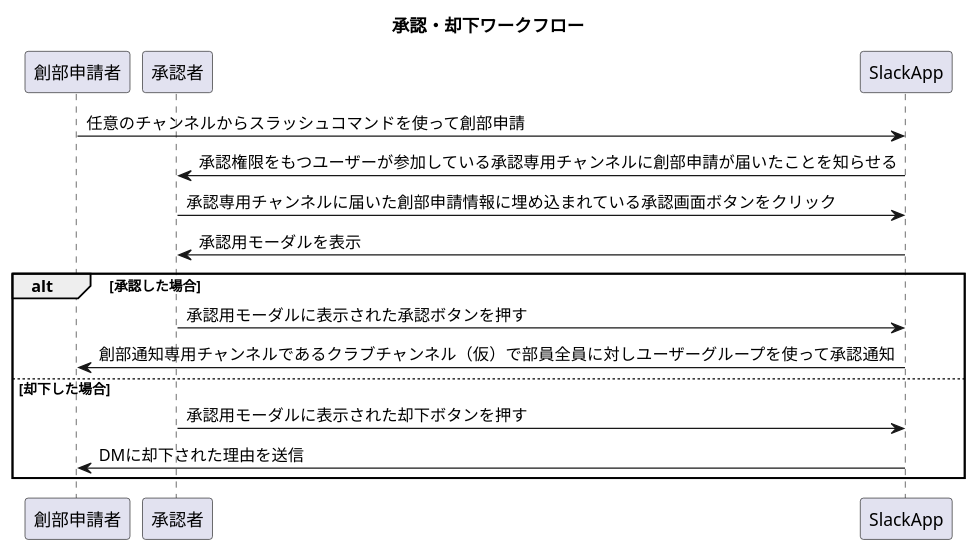
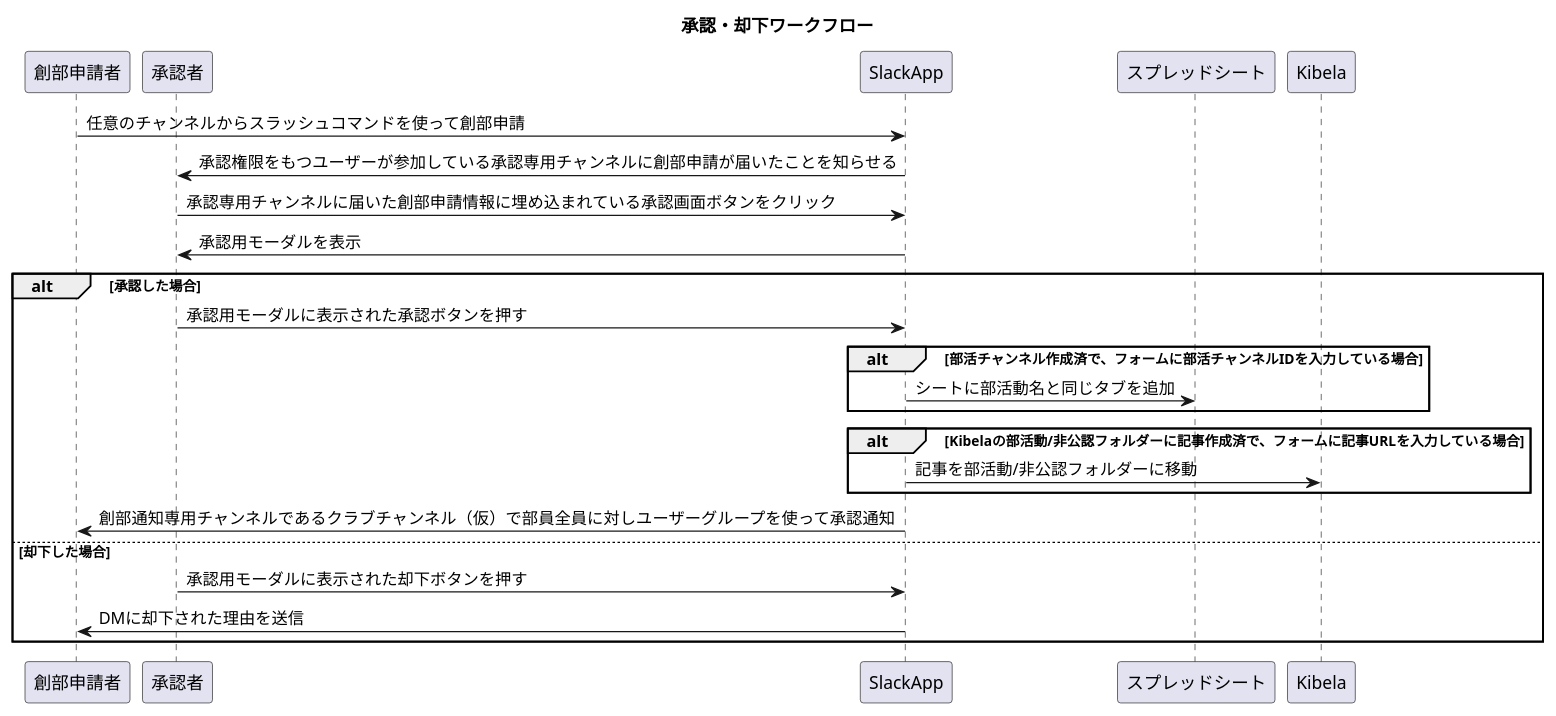
The diagram in docs/sequence-diagram/ButtonFlow.pu (tam-bourine/club-entry-manager), drawn with PlantUML before and after one commit.

Commit message:
update: Kibelaとスプレッドシートのカラム追加(alt追加)

```diff
--- a/docs/sequence-diagram/ButtonFlow.pu
+++ b/docs/sequence-diagram/ButtonFlow.pu
@@ -1,19 +1,25 @@
 @startuml
 title 承認・却下ワークフロー
 
 participant 創部申請者
 participant 承認者
 
 創部申請者 -> SlackApp: 任意のチャンネルからスラッシュコマンドを使って創部申請
 SlackApp -> 承認者: 承認権限をもつユーザーが参加している承認専用チャンネルに創部申請が届いたことを知らせる
 承認者 -> SlackApp: 承認専用チャンネルに届いた創部申請情報に埋め込まれている承認画面ボタンをクリック
 SlackApp -> 承認者: 承認用モーダルを表示
 
 alt 承認した場合
     承認者 -> SlackApp: 承認用モーダルに表示された承認ボタンを押す
+    alt 部活チャンネル作成済で、フォームに部活チャンネルIDを入力している場合
+        SlackApp -> スプレッドシート: シートに部活動名と同じタブを追加
+    end
+    alt Kibelaの部活動/非公認フォルダーに記事作成済で、フォームに記事URLを入力している場合
+        SlackApp -> Kibela: 記事を部活動/非公認フォルダーに移動
+    end
     SlackApp -> 創部申請者: 創部通知専用チャンネルであるクラブチャンネル（仮）で部員全員に対しユーザーグループを使って承認通知
 else 却下した場合
     承認者 -> SlackApp: 承認用モーダルに表示された却下ボタンを押す
     SlackApp -> 創部申請者: DMに却下された理由を送信
 end
 @enduml
```
